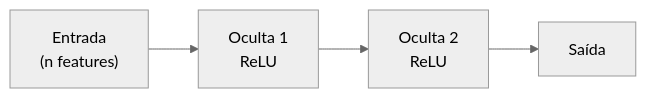
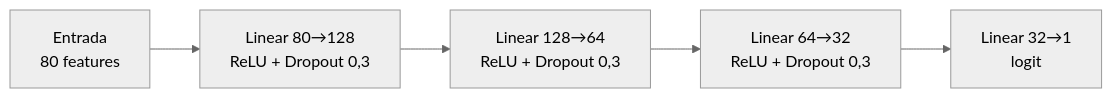
Before and after one commit to thevitorhideki/ann-dl: the diagram in docs/projects/classification/index.md, drawn with Mermaid (neutral theme). The commit also changed other lines of this file and 34 other files, not shown here.

````diff
--- a/docs/projects/classification/index.md
+++ b/docs/projects/classification/index.md
@@ -55,6 +133,7 @@
 ``` mermaid
 flowchart LR
-    x["Entrada<br/>(n features)"] --> h1["Oculta 1<br/>ReLU"]
-    h1 --> h2["Oculta 2<br/>ReLU"]
-    h2 --> out["Saída"]
+    x["Entrada<br/>80 features"] --> h1["Linear 80→128<br/>ReLU + Dropout 0,3"]
+    h1 --> h2["Linear 128→64<br/>ReLU + Dropout 0,3"]
+    h2 --> h3["Linear 64→32<br/>ReLU + Dropout 0,3"]
+    h3 --> out["Linear 32→1<br/>logit"]
 ```
````
